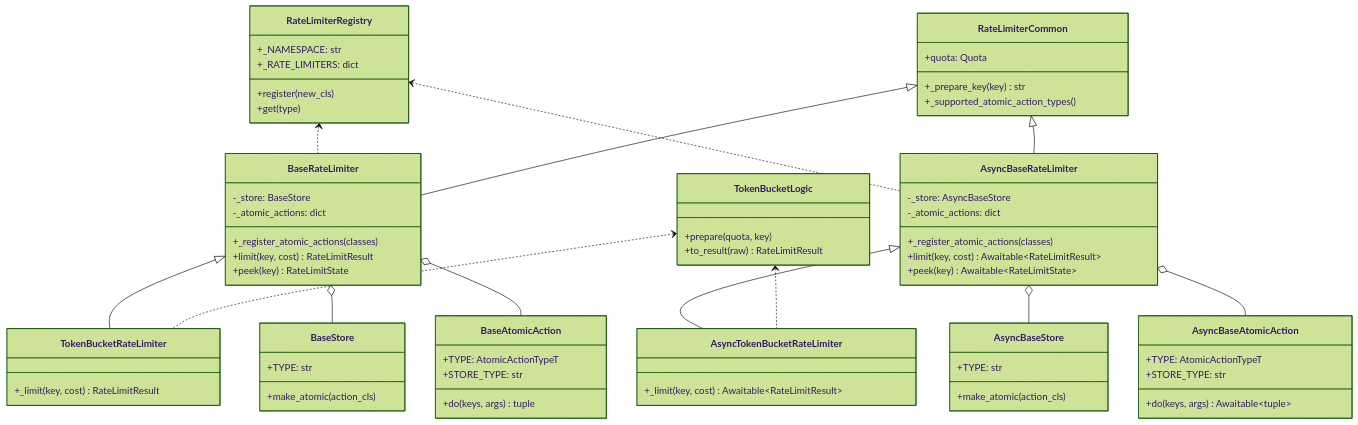
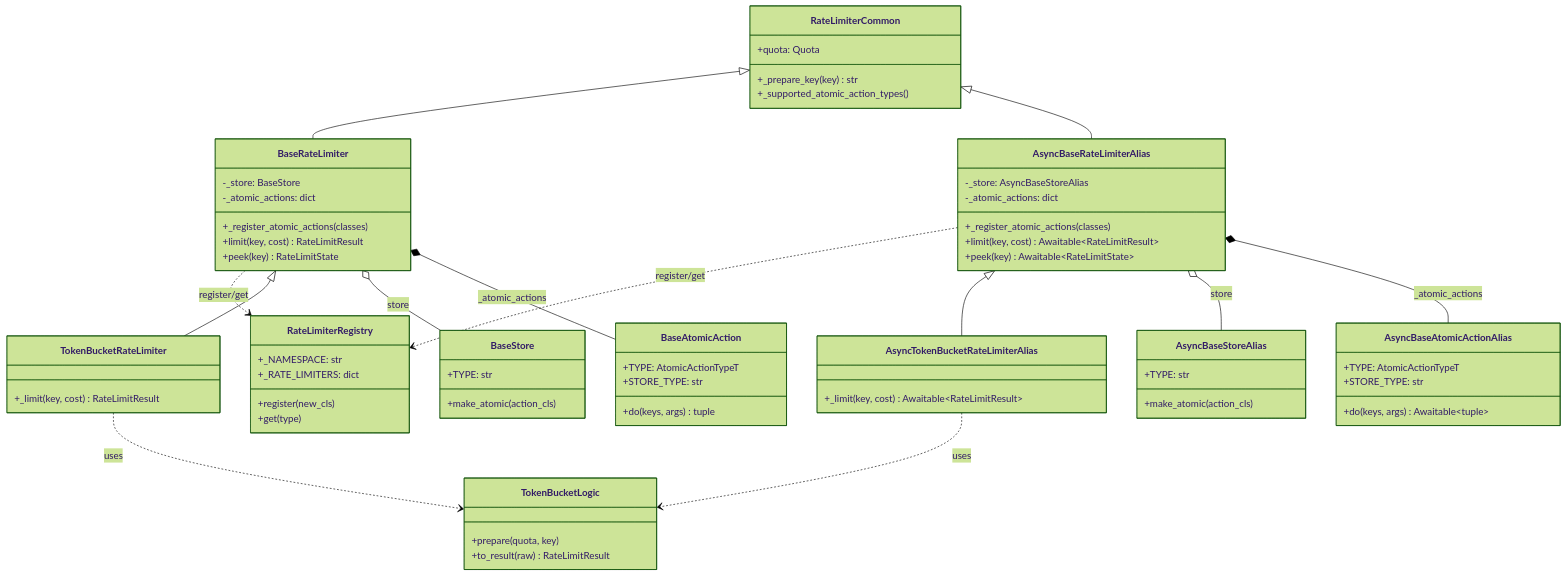
Before and after one commit to ZhuoZhuoCrayon/ai-workspace: the fifth of 6 diagrams in knowledge/throttled-py/issues/2026-05-06-store-typing-abstraction-refactor/PLAN.md, drawn with Mermaid (forest theme). The commit also changed other lines of this file, not shown here.

First line of the commit message:
docs(throttled-py): clarify store typing refactor plan

````diff
--- a/knowledge/throttled-py/issues/2026-05-06-store-typing-abstraction-refactor/PLAN.md
+++ b/knowledge/throttled-py/issues/2026-05-06-store-typing-abstraction-refactor/PLAN.md
@@ -434,71 +452,71 @@
 ```mermaid
 classDiagram
     direction TB
 
     class RateLimiterRegistry {
         +_NAMESPACE: str
         +_RATE_LIMITERS: dict
         +register(new_cls)
         +get(type)
     }
     class RateLimiterCommon {
         +quota: Quota
         +_prepare_key(key) str
         +_supported_atomic_action_types()
     }
     class BaseStore {
         +TYPE: str
         +make_atomic(action_cls)
     }
-    class AsyncBaseStore {
+    class AsyncBaseStoreAlias {
         +TYPE: str
         +make_atomic(action_cls)
     }
     class BaseAtomicAction {
         +TYPE: AtomicActionTypeT
         +STORE_TYPE: str
         +do(keys, args) tuple
     }
-    class AsyncBaseAtomicAction {
+    class AsyncBaseAtomicActionAlias {
         +TYPE: AtomicActionTypeT
         +STORE_TYPE: str
         +do(keys, args) Awaitable~tuple~
     }
     class BaseRateLimiter {
         -_store: BaseStore
         -_atomic_actions: dict
         +_register_atomic_actions(classes)
         +limit(key, cost) RateLimitResult
         +peek(key) RateLimitState
     }
-    class AsyncBaseRateLimiter {
-        -_store: AsyncBaseStore
+    class AsyncBaseRateLimiterAlias {
+        -_store: AsyncBaseStoreAlias
         -_atomic_actions: dict
         +_register_atomic_actions(classes)
         +limit(key, cost) Awaitable~RateLimitResult~
         +peek(key) Awaitable~RateLimitState~
     }
     class TokenBucketLogic {
         +prepare(quota, key)
         +to_result(raw) RateLimitResult
     }
     class TokenBucketRateLimiter {
         +_limit(key, cost) RateLimitResult
     }
-    class AsyncTokenBucketRateLimiter {
+    class AsyncTokenBucketRateLimiterAlias {
         +_limit(key, cost) Awaitable~RateLimitResult~
     }
 
-    RateLimiterRegistry <.. BaseRateLimiter
-    RateLimiterRegistry <.. AsyncBaseRateLimiter
+    BaseRateLimiter ..> RateLimiterRegistry : register/get
+    AsyncBaseRateLimiterAlias ..> RateLimiterRegistry : register/get
     RateLimiterCommon <|-- BaseRateLimiter
-    RateLimiterCommon <|-- AsyncBaseRateLimiter
+    RateLimiterCommon <|-- AsyncBaseRateLimiterAlias
     BaseRateLimiter <|-- TokenBucketRateLimiter
-    AsyncBaseRateLimiter <|-- AsyncTokenBucketRateLimiter
-    TokenBucketLogic <.. TokenBucketRateLimiter
-    TokenBucketLogic <.. AsyncTokenBucketRateLimiter
-    BaseRateLimiter o-- BaseStore
-    AsyncBaseRateLimiter o-- AsyncBaseStore
-    BaseRateLimiter o-- BaseAtomicAction
-    AsyncBaseRateLimiter o-- AsyncBaseAtomicAction
+    AsyncBaseRateLimiterAlias <|-- AsyncTokenBucketRateLimiterAlias
+    TokenBucketRateLimiter ..> TokenBucketLogic : uses
+    AsyncTokenBucketRateLimiterAlias ..> TokenBucketLogic : uses
+    BaseRateLimiter o-- BaseStore : store
+    AsyncBaseRateLimiterAlias o-- AsyncBaseStoreAlias : store
+    BaseRateLimiter *-- BaseAtomicAction : _atomic_actions
+    AsyncBaseRateLimiterAlias *-- AsyncBaseAtomicActionAlias : _atomic_actions
 ```
````
